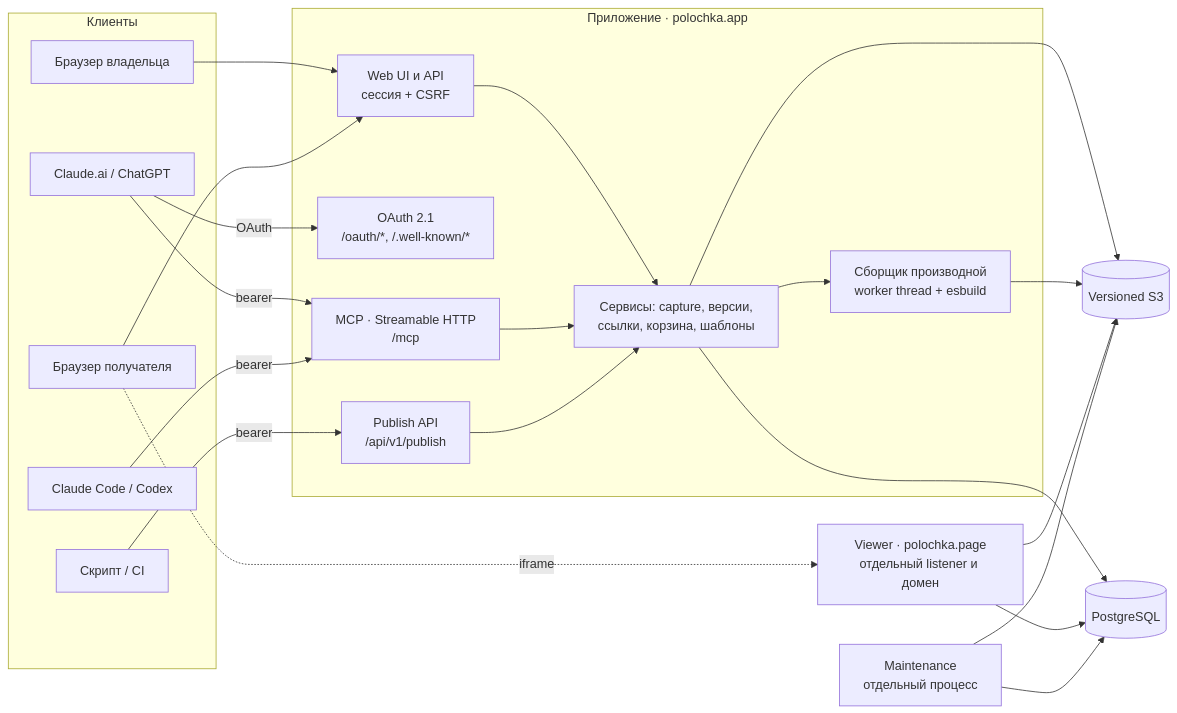
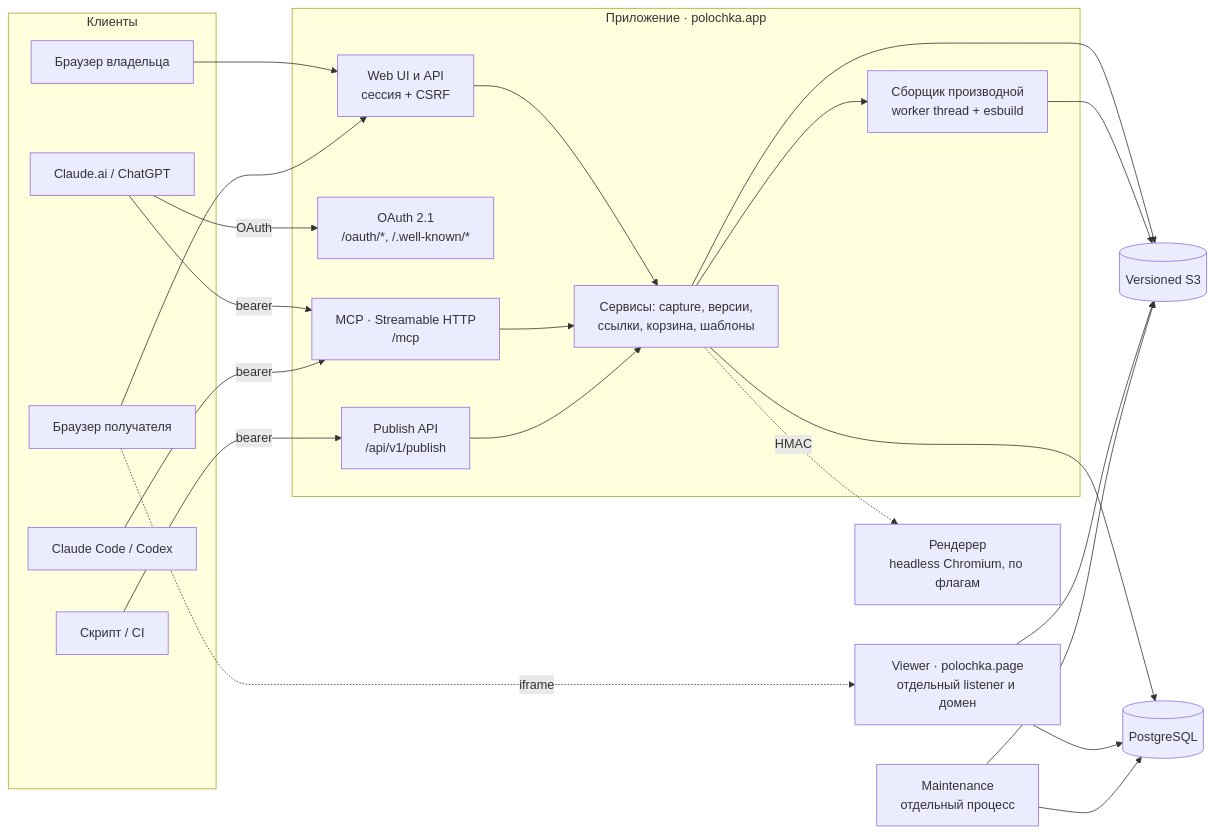
The diagram in docs/architecture.md (artkruglov/polka), drawn with Mermaid before and after one commit. The commit also changed other lines of this file and 36 other files, not shown here.

````diff
--- a/docs/architecture.md
+++ b/docs/architecture.md
@@ -7,43 +7,45 @@
 ```mermaid
 flowchart LR
   subgraph Clients[Клиенты]
     Browser[Браузер владельца]
     Recipient[Браузер получателя]
     Chat[Claude.ai / ChatGPT]
     CLI[Claude Code / Codex]
     Script[Скрипт / CI]
   end
 
   subgraph App[Приложение · polochka.app]
     Web[Web UI и API<br/>сессия + CSRF]
     OAuth[OAuth 2.1<br/>/oauth/*, /.well-known/*]
     MCP[MCP · Streamable HTTP<br/>/mcp]
     Publish[Publish API<br/>/api/v1/publish]
     Service[Сервисы: capture, версии,<br/>ссылки, корзина, шаблоны]
     Builder[Сборщик производной<br/>worker thread + esbuild]
   end
 
   Viewer[Viewer · polochka.page<br/>отдельный listener и домен]
+  Renderer[Рендерер<br/>headless Chromium, по флагам]
   Maint[Maintenance<br/>отдельный процесс]
   DB[(PostgreSQL)]
   S3[(Versioned S3)]
 
   Browser --> Web
   Recipient --> Web
   Recipient -. iframe .-> Viewer
   Chat -- OAuth --> OAuth
   Chat -- bearer --> MCP
   CLI -- bearer --> MCP
   Script -- bearer --> Publish
   Web --> Service
   MCP --> Service
   Publish --> Service
   Service --> Builder
   Service --> DB
   Service --> S3
   Builder --> S3
   Viewer --> DB
   Viewer --> S3
   Maint --> DB
   Maint --> S3
+  Service -. HMAC .-> Renderer
 ```
````
